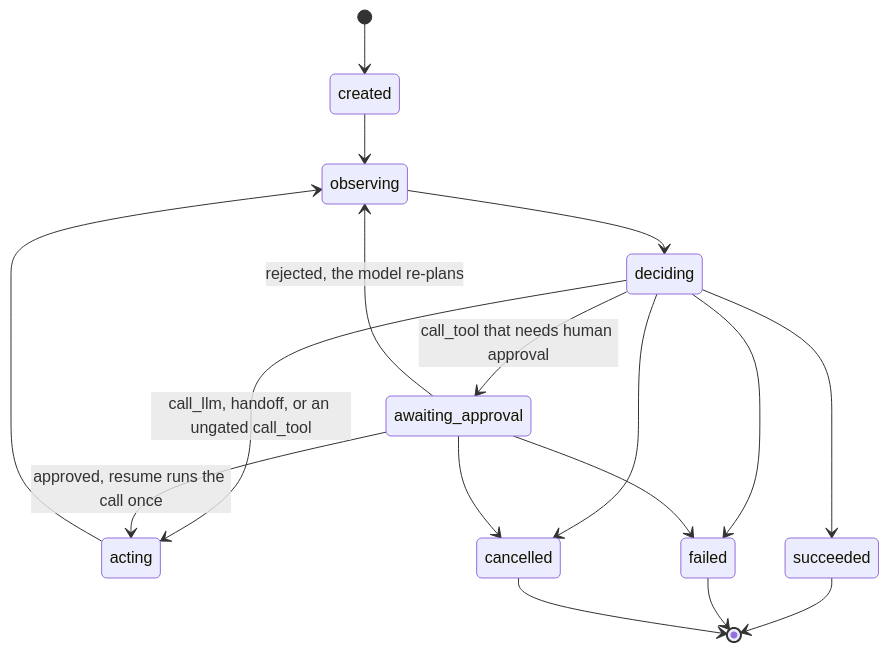
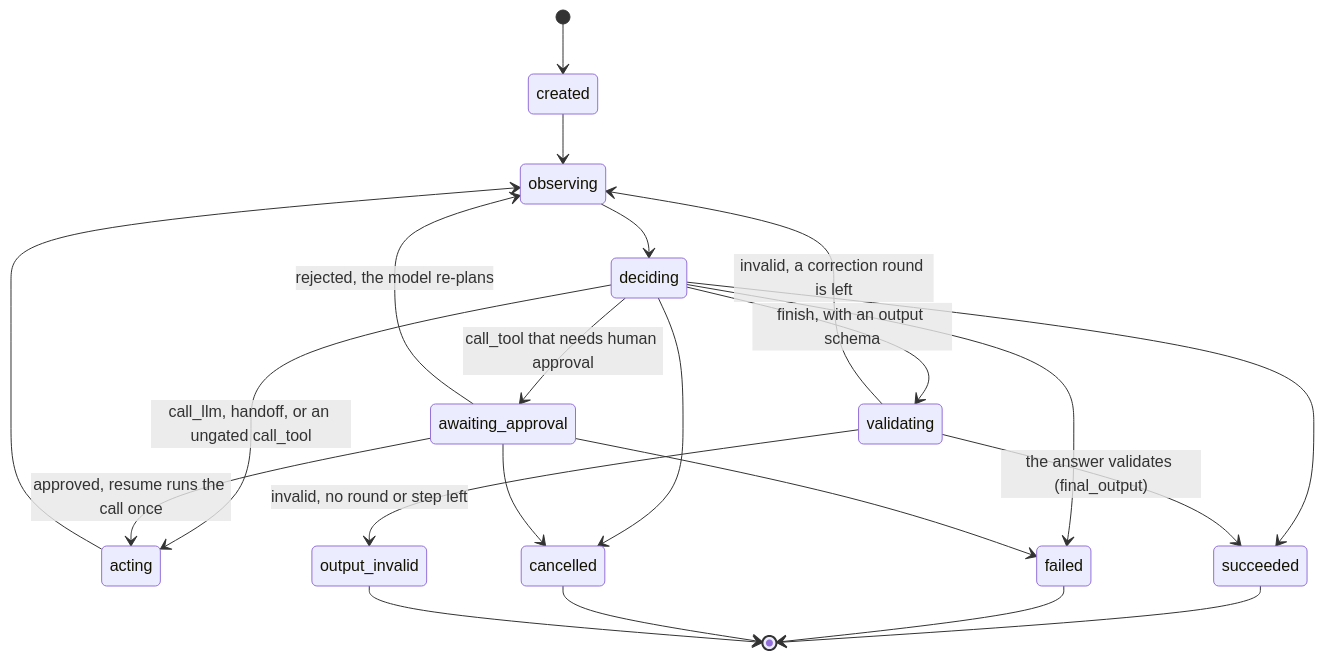
One commit to Francis1998/multi-bot-agentic changed the diagram in docs/ARCHITECTURE.md. Above: the diagram before and after it, drawn with Mermaid. The commit also changed other lines of this file and 10 other files, not shown here.

````diff
--- a/docs/ARCHITECTURE.md
+++ b/docs/ARCHITECTURE.md
@@ -71,19 +74,24 @@
 ```mermaid
 stateDiagram-v2
     [*] --> created
     created --> observing
     observing --> deciding
     deciding --> acting: call_llm, handoff, or an ungated call_tool
     deciding --> awaiting_approval: call_tool that needs human approval
     awaiting_approval --> acting: approved, resume runs the call once
     awaiting_approval --> observing: rejected, the model re-plans
     acting --> observing
     deciding --> succeeded
+    deciding --> validating: finish, with an output schema
+    validating --> succeeded: the answer validates (final_output)
+    validating --> observing: invalid, a correction round is left
+    validating --> output_invalid: invalid, no round or step left
     deciding --> failed
     deciding --> cancelled
     awaiting_approval --> cancelled
     awaiting_approval --> failed
     succeeded --> [*]
     failed --> [*]
     cancelled --> [*]
+    output_invalid --> [*]
 ```
````
